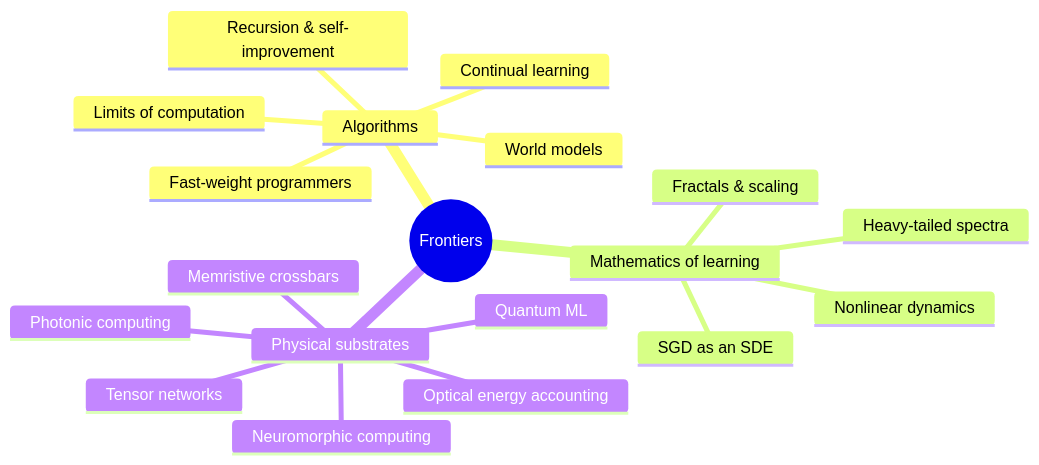
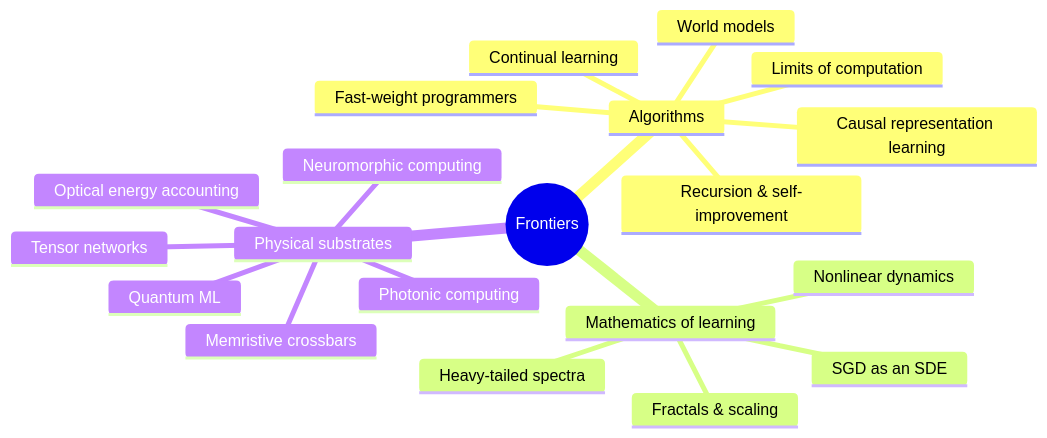
One commit to marcpoliquin5/understanding-ai changed the diagram in docs/06-frontiers/README.md. Above: the diagram before and after it, drawn with Mermaid. The commit also changed other lines of this file and 6 other files, not shown here.

Commit message:
Add Causal representation learning page (Frontiers) with tested sketch and 49 new checked references

````diff
--- a/docs/06-frontiers/README.md
+++ b/docs/06-frontiers/README.md
@@ -27,22 +28,23 @@
 ```mermaid
 mindmap
   root((Frontiers))
     Algorithms
       Recursion & self-improvement
       Fast-weight programmers
       World models
+      Causal representation learning
       Limits of computation
       Continual learning
     Mathematics of learning
       Fractals & scaling
       Heavy-tailed spectra
       Nonlinear dynamics
       SGD as an SDE
     Physical substrates
       Photonic computing
       Optical energy accounting
       Neuromorphic computing
       Memristive crossbars
       Quantum ML
       Tensor networks
 ```
````
